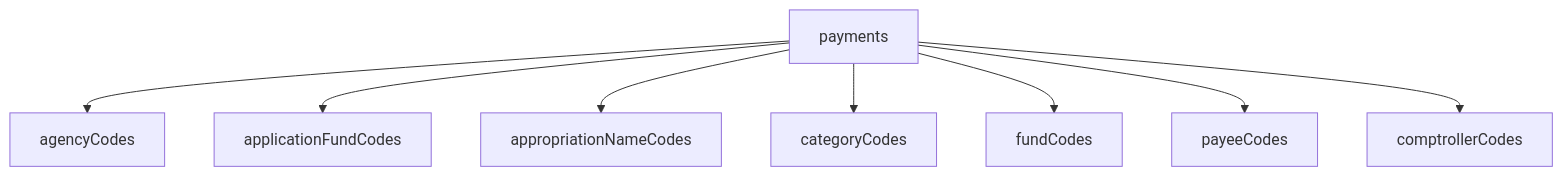
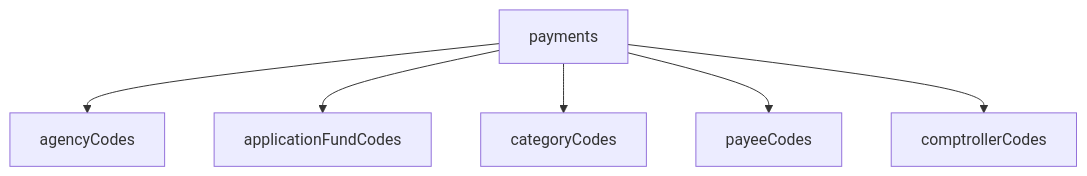
One commit to ad-fletcher/texasDogeTest changed the diagram in plans/dataBase.md. Above: the diagram before and after it, drawn with Mermaid. The commit also changed other lines of this file and 7 other files, not shown here.

````diff
--- a/plans/dataBase.md
+++ b/plans/dataBase.md
@@ -9,10 +9,8 @@
 ```mermaid
 graph TD
     payments --> agencyCodes;
     payments --> applicationFundCodes;
-    payments --> appropriationNameCodes;
     payments --> categoryCodes;
-    payments --> fundCodes;
     payments --> payeeCodes;
     payments --> comptrollerCodes;
 ```
````
